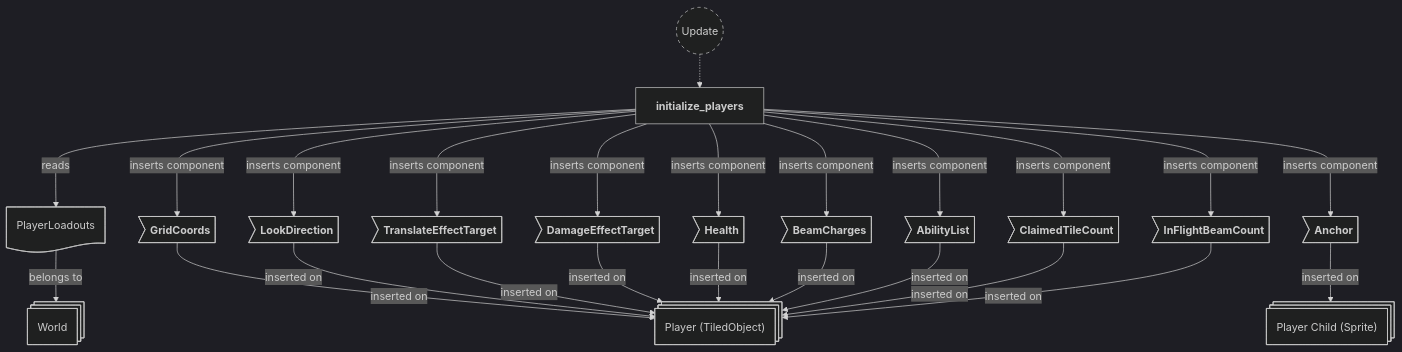
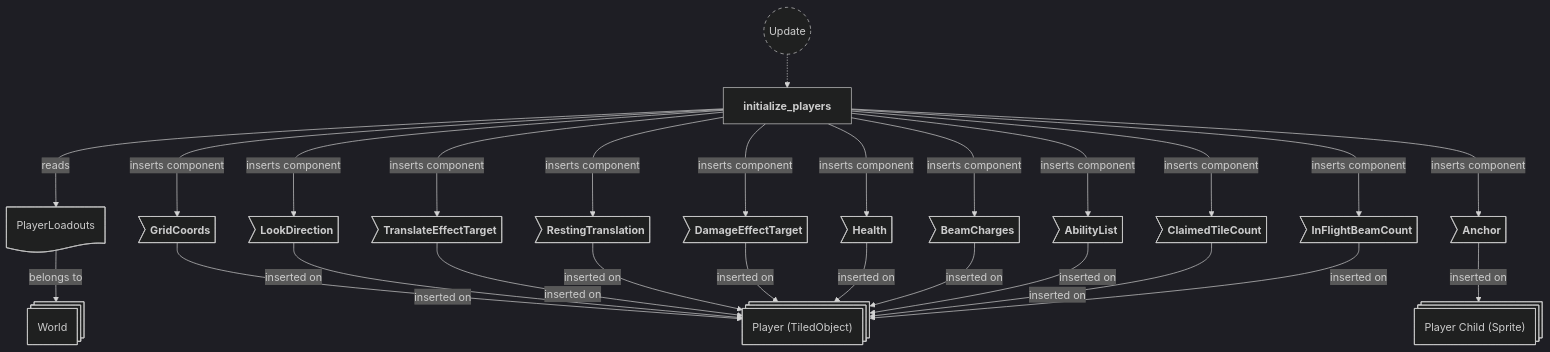
One commit to neurosoup/tyled changed the seventh of 11 diagrams in backlog/docs/doc-3 - 001-Maps-plugin.md. Above: the diagram before and after it, drawn with Mermaid. The commit also changed other lines of this file and 14 other files, not shown here.

````diff
--- a/backlog/docs/doc-3 - 001-Maps-plugin.md
+++ b/backlog/docs/doc-3 - 001-Maps-plugin.md
@@ -295,55 +295,58 @@
 ```mermaid
 ---
 config:
   theme: dark
 ---
 
 flowchart TD
 classDef system-group stroke-dasharray: 5 5
 
 update(("`Update`")):::system-group
 initialize_players["`**initialize_players**`"]
 
 update -.-> initialize_players
 
 player_entity@{ shape: st-rect, label: "Player (TiledObject)" }
 child_entity@{ shape: st-rect, label: "Player Child (Sprite)" }
 
 pe_grid_coords>"`**GridCoords**`"]
 pe_look_direction>"`**LookDirection**`"]
 pe_translate_effect>"`**TranslateEffectTarget**`"]
+pe_resting_translation>"`**RestingTranslation**`"]
 pe_damage_effect>"`**DamageEffectTarget**`"]
 pe_health>"`**Health**`"]
 pe_beam_charges>"`**BeamCharges**`"]
 pe_ability_list>"`**AbilityList**`"]
 pe_claimed_tile_count>"`**ClaimedTileCount**`"]
 pe_in_flight_count>"`**InFlightBeamCount**`"]
 ce_anchor>"`**Anchor**`"]
 
 world@{ shape: st-rect, label: "World" }
 player_loadouts_res@{ shape: doc, label: "PlayerLoadouts" }
 player_loadouts_res --> |belongs to| world
 
 pe_grid_coords --> |inserted on| player_entity
 pe_look_direction --> |inserted on| player_entity
 pe_translate_effect --> |inserted on| player_entity
+pe_resting_translation --> |inserted on| player_entity
 pe_damage_effect --> |inserted on| player_entity
 pe_health --> |inserted on| player_entity
 pe_beam_charges --> |inserted on| player_entity
 pe_ability_list --> |inserted on| player_entity
 pe_claimed_tile_count --> |inserted on| player_entity
 pe_in_flight_count --> |inserted on| player_entity
 ce_anchor --> |inserted on| child_entity
 
 initialize_players ---> |reads| player_loadouts_res
 initialize_players ---> |inserts component| pe_grid_coords
 initialize_players ---> |inserts component| pe_look_direction
 initialize_players ---> |inserts component| pe_translate_effect
+initialize_players ---> |inserts component| pe_resting_translation
 initialize_players ---> |inserts component| pe_damage_effect
 initialize_players ---> |inserts component| pe_health
 initialize_players ---> |inserts component| pe_beam_charges
 initialize_players ---> |inserts component| pe_ability_list
 initialize_players ---> |inserts component| pe_claimed_tile_count
 initialize_players ---> |inserts component| pe_in_flight_count
 initialize_players ---> |inserts component| ce_anchor
 ```
````
